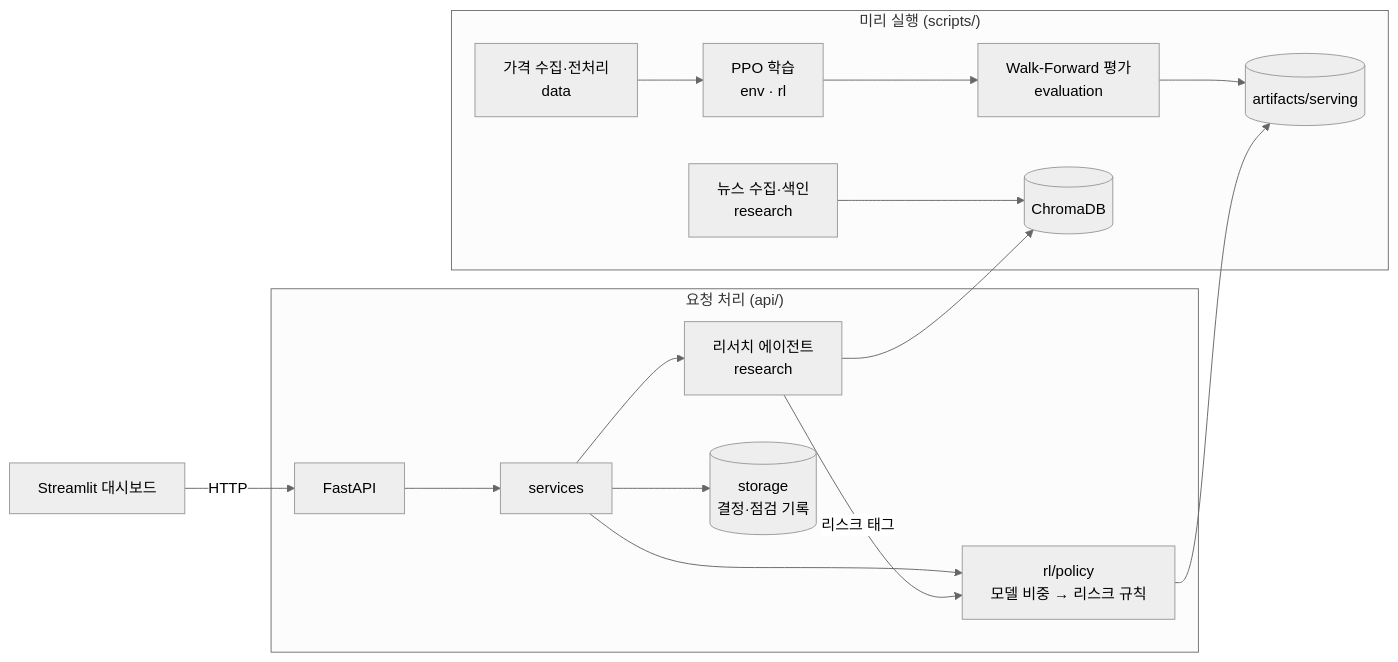
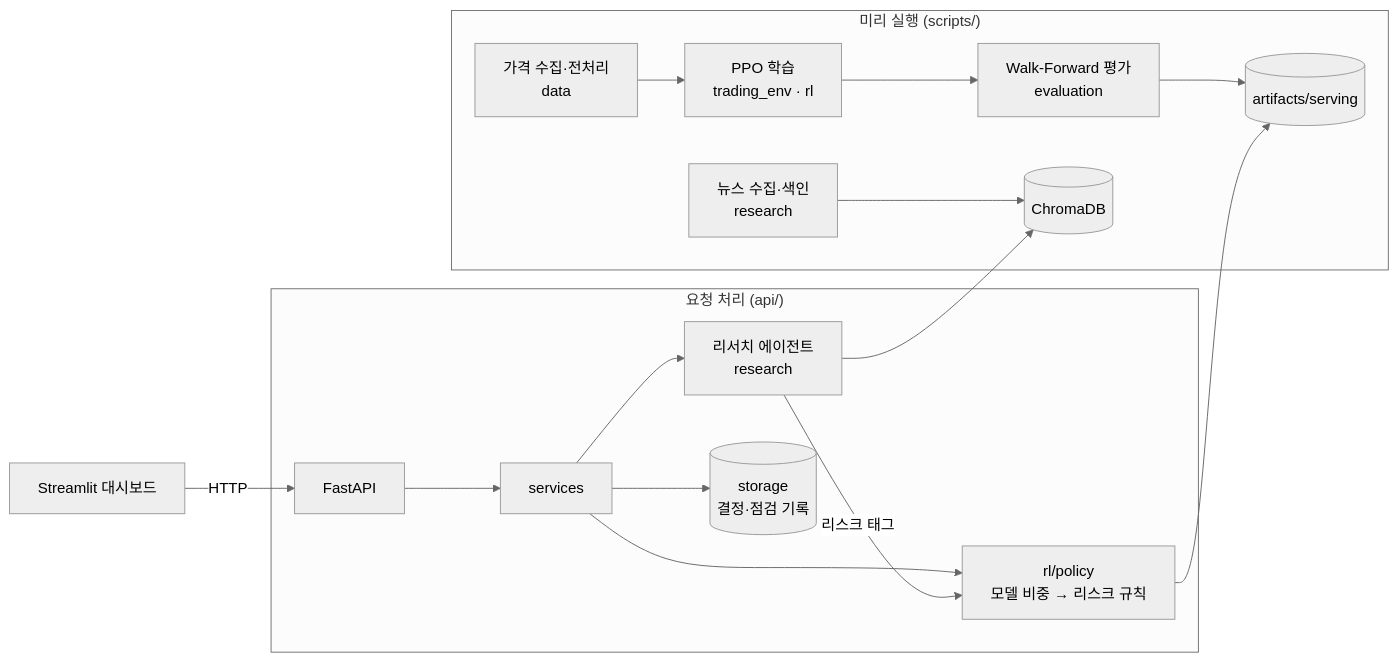
One commit to jjw712/capstone2 changed the diagram in docs/architecture.md. Above: the diagram before and after it, drawn with Mermaid (neutral theme). The commit also changed 6 other files, not shown here.

First line of the commit message:
refactor(trading_env): env/ 폴더 이름을 trading_env/로 변경 (#1)

````diff
--- a/docs/architecture.md
+++ b/docs/architecture.md
@@ -5,19 +5,19 @@
 ```mermaid
 flowchart LR
   subgraph offline["미리 실행 (scripts/)"]
-    D1["가격 수집·전처리<br/>data"] --> T["PPO 학습<br/>env · rl"]
+    D1["가격 수집·전처리<br/>data"] --> T["PPO 학습<br/>trading_env · rl"]
     T --> E["Walk-Forward 평가<br/>evaluation"]
     E --> S[("artifacts/serving")]
     N["뉴스 수집·색인<br/>research"] --> V[("ChromaDB")]
   end
   subgraph online["요청 처리 (api/)"]
     API["FastAPI"] --> SV["services"]
     SV --> P["rl/policy<br/>모델 비중 → 리스크 규칙"]
     SV --> R["리서치 에이전트<br/>research"]
     SV --> DB[("storage<br/>결정·점검 기록")]
     R -- "리스크 태그" --> P
   end
   P --> S
   R --> V
   UI["Streamlit 대시보드"] -- "HTTP" --> API
 ```
````
